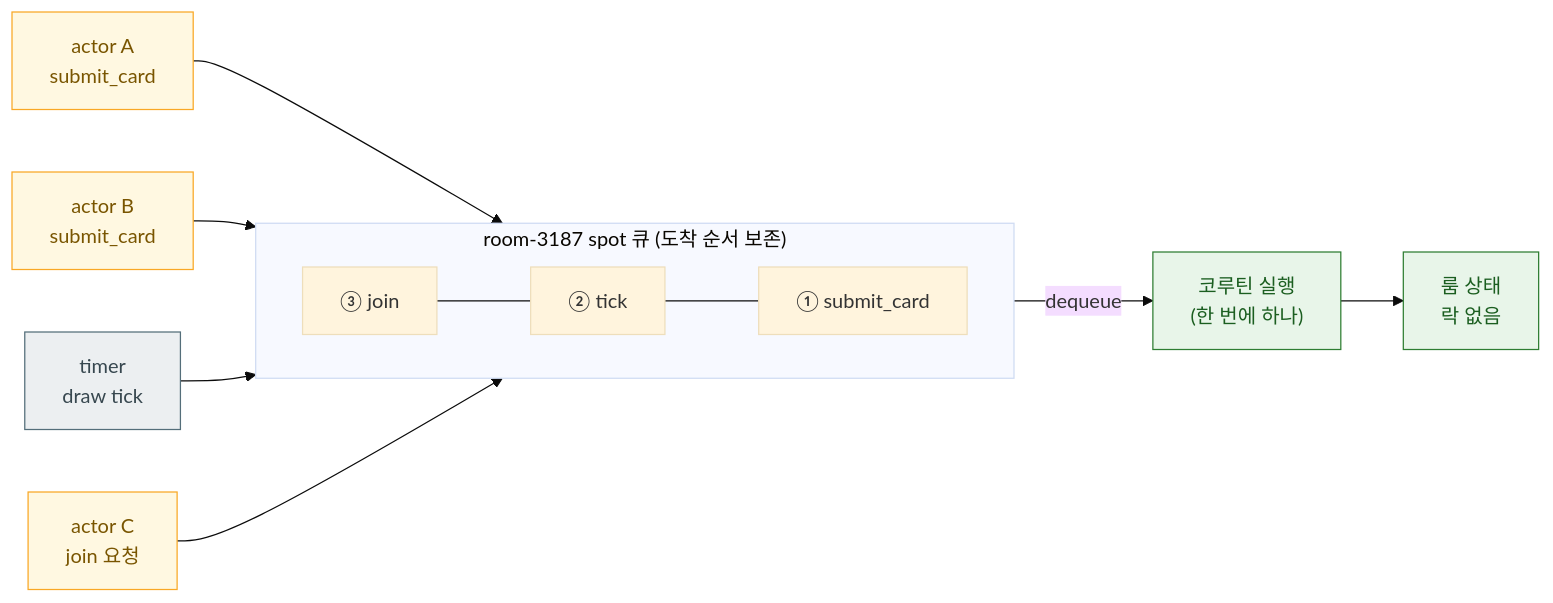
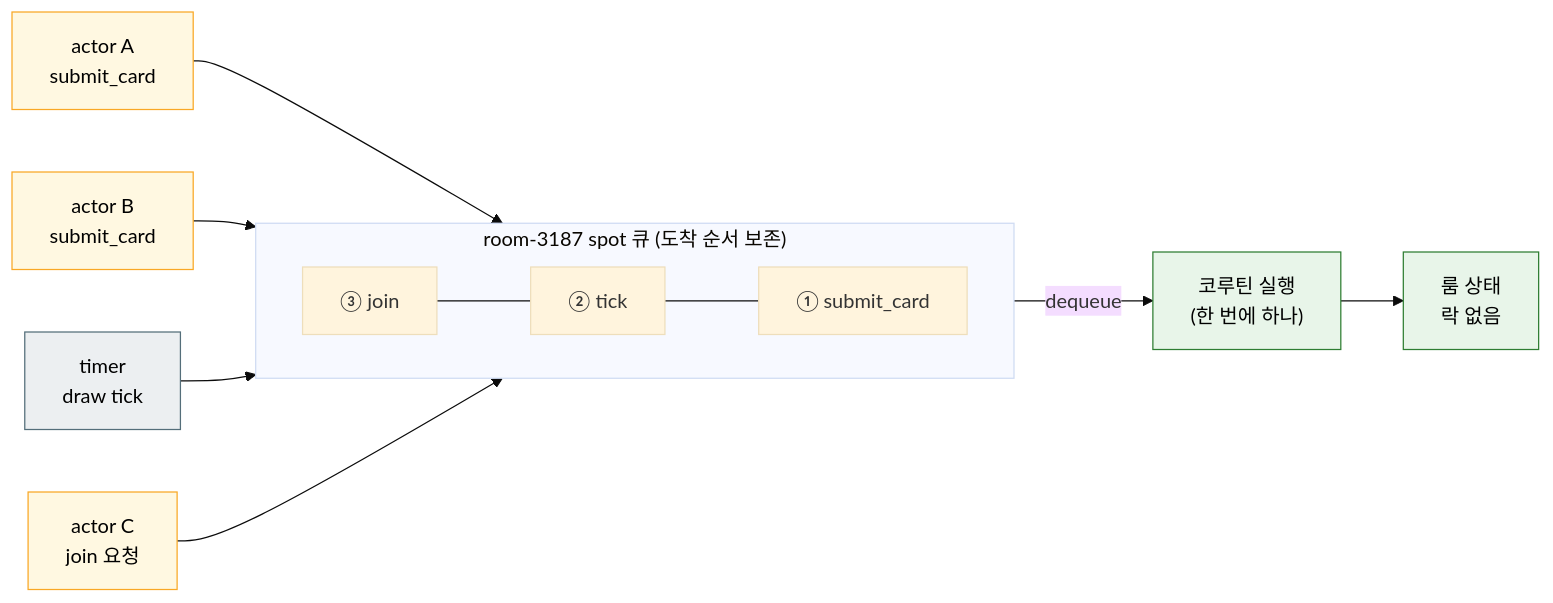
The first of 2 diagrams in framework/languages/cpp/doc/guide/08-spot.ko.md (kairos-code-dev/zlink), drawn with Mermaid (base theme) before and after one commit. The commit also changed 6 other files, not shown here.

First line of the commit message:
docs(cpp): set diagram node text to black for legibility

````diff
--- a/framework/languages/cpp/doc/guide/08-spot.ko.md
+++ b/framework/languages/cpp/doc/guide/08-spot.ko.md
@@ -26,23 +26,23 @@
 ```mermaid
 flowchart LR
     A1["actor A<br/>submit_card"]:::actor
     A2["actor B<br/>submit_card"]:::actor
     T1["timer<br/>draw tick"]:::infra
     J1["actor C<br/>join 요청"]:::actor
     subgraph SQ["room-3187 spot 큐 (도착 순서 보존)"]
         direction LR
         Q1["③ join"] --- Q2["② tick"] --- Q3["① submit_card"]
     end
     EXEC["코루틴 실행<br/>(한 번에 하나)"]:::spot
     STATE["룸 상태<br/>락 없음"]:::spot
 
     A1 --> SQ
     A2 --> SQ
     T1 --> SQ
     J1 --> SQ
     SQ -- dequeue --> EXEC --> STATE
 
-    classDef spot fill:#e8f5e9,stroke:#2e7d32,color:#1b5e20
-    classDef actor fill:#fff8e1,stroke:#f9a825,color:#795500
-    classDef infra fill:#eceff1,stroke:#546e7a,color:#37474f
+    classDef spot fill:#e8f5e9,stroke:#2e7d32,color:#000000
+    classDef actor fill:#fff8e1,stroke:#f9a825,color:#000000
+    classDef infra fill:#eceff1,stroke:#546e7a,color:#000000
 ```
````
